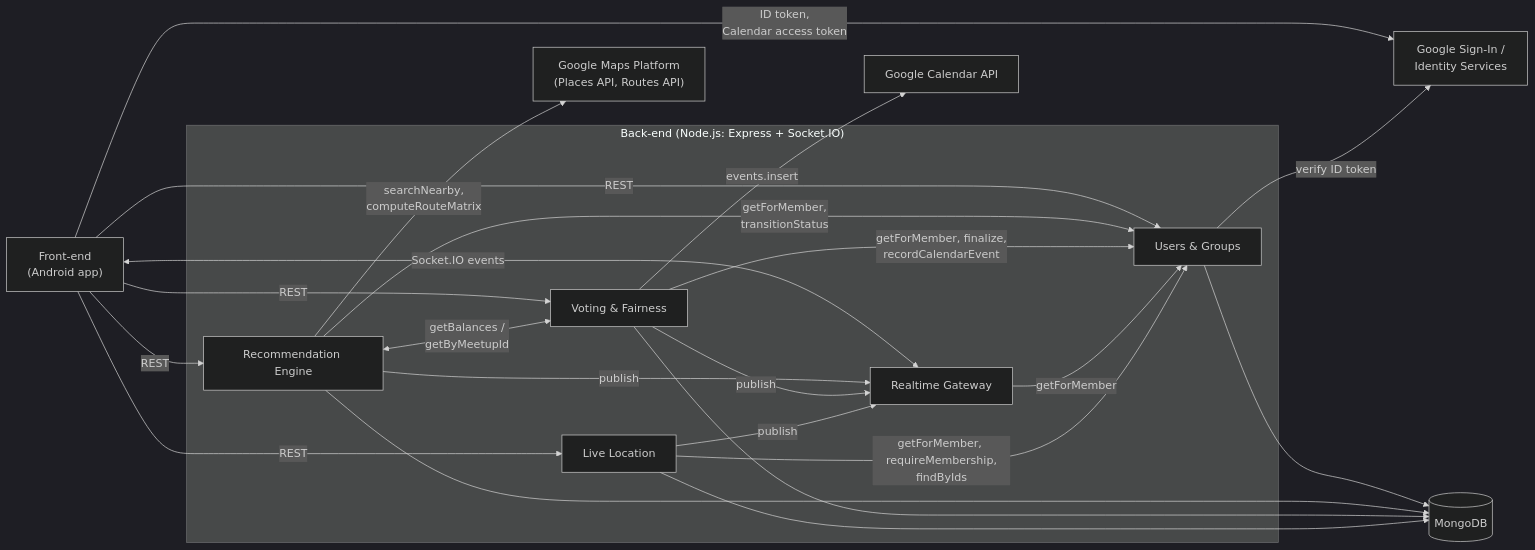
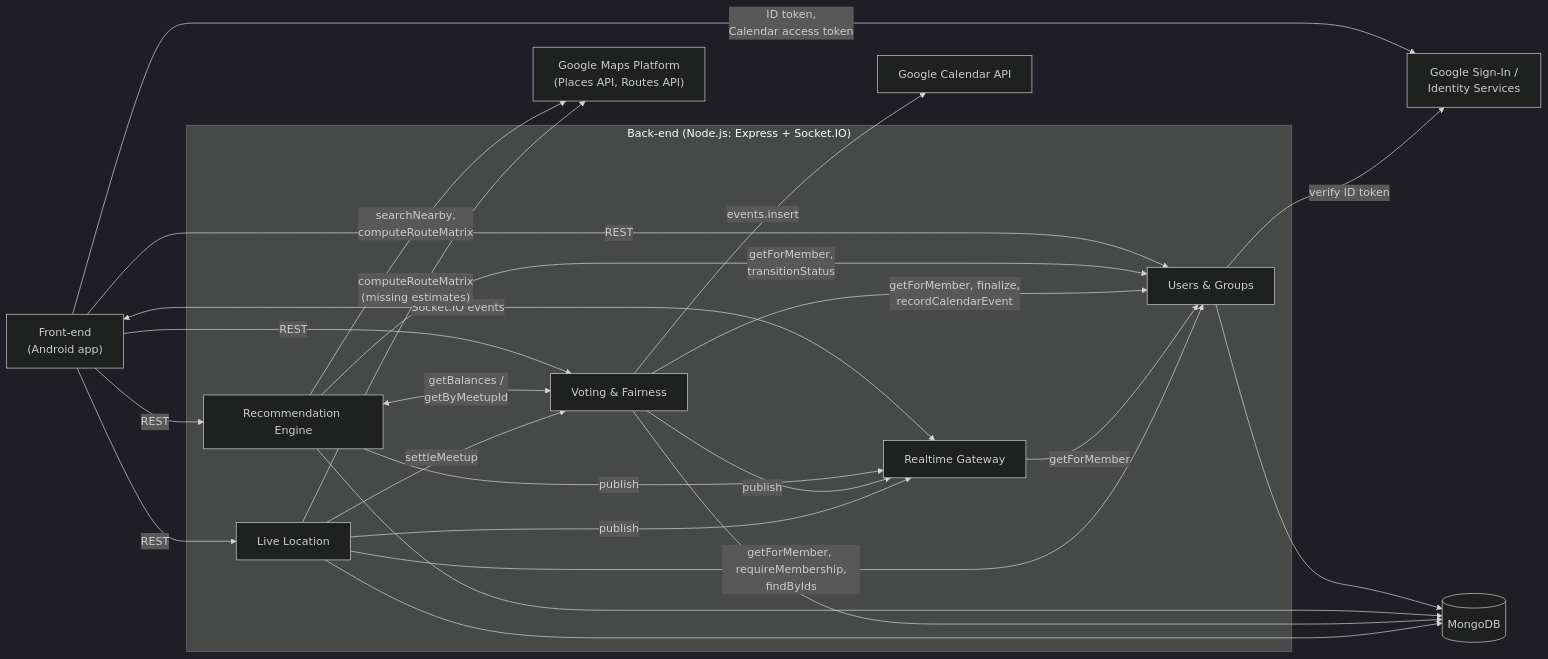
Before and after one commit to w-lin5/CPEN321_MeetFair: the diagram in documentation/res/Dependency_Diagram.mmd, drawn with Mermaid (dark theme). The commit also changed 8 other files, not shown here.

```diff
--- a/documentation/res/Dependency_Diagram.mmd
+++ b/documentation/res/Dependency_Diagram.mmd
@@ -1,36 +1,38 @@
 %% Dependency diagram (Requirements_and_Design.md section 4.5).
 flowchart LR
     FE["Front-end<br/>(Android app)"]
     subgraph BE["Back-end (Node.js: Express + Socket.IO)"]
         UG["Users & Groups"]
         REC["Recommendation Engine"]
         VF["Voting & Fairness"]
         RT["Realtime Gateway"]
         LL["Live Location"]
     end
     DB[("MongoDB")]
     GSI["Google Sign-In /<br/>Identity Services"]
     MAPS["Google Maps Platform<br/>(Places API, Routes API)"]
     CAL["Google Calendar API"]
 
     FE -->|REST| UG
     FE -->|REST| REC
     FE -->|REST| VF
     FE -->|REST| LL
     FE <-->|"Socket.IO events"| RT
     FE -->|"ID token,<br/>Calendar access token"| GSI
     UG -->|"verify ID token"| GSI
     REC -->|"getForMember,<br/>transitionStatus"| UG
     REC <-->|"getBalances /<br/>getByMeetupId"| VF
     REC -->|publish| RT
     REC -->|"searchNearby,<br/>computeRouteMatrix"| MAPS
     VF -->|"getForMember, finalize,<br/>recordCalendarEvent"| UG
     VF -->|publish| RT
     VF -->|"events.insert"| CAL
     RT -->|getForMember| UG
     LL -->|"getForMember, requireMembership,<br/>findByIds"| UG
     LL -->|publish| RT
+    LL -->|settleMeetup| VF
+    LL -->|"computeRouteMatrix<br/>(missing estimates)"| MAPS
     UG --> DB
     REC --> DB
     VF --> DB
     LL --> DB
```
